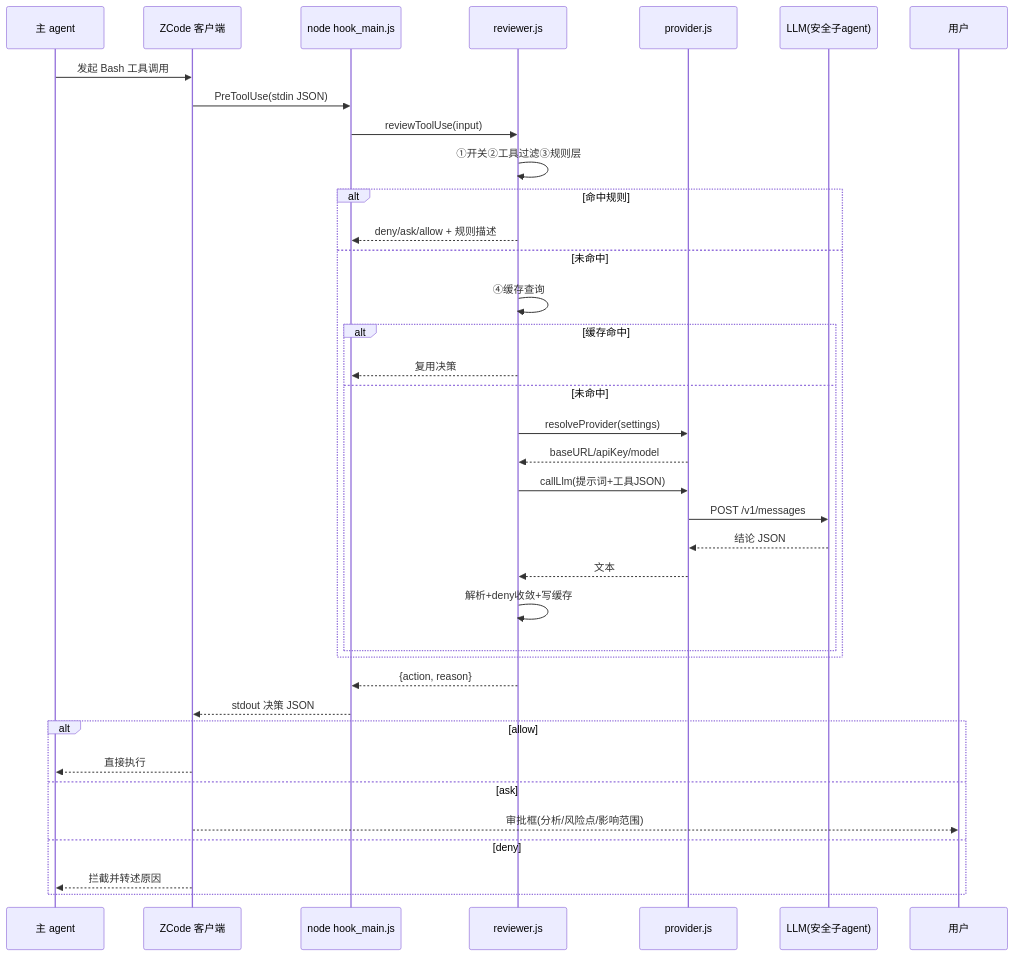
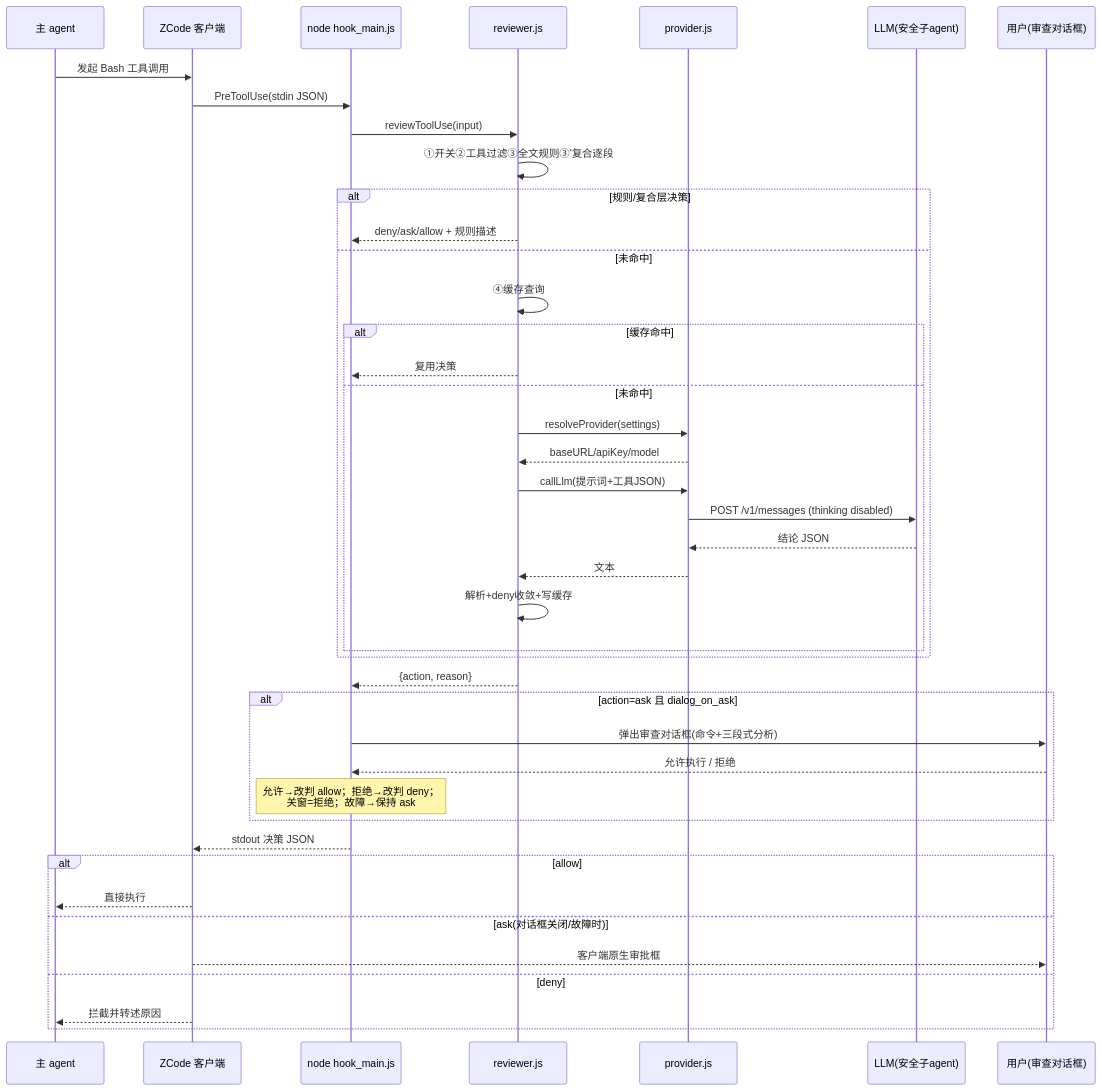
One commit to zrny1/Auto-Review-For-Zcode changed the first of 3 diagrams in docs/project_wiki/02_开发文档/模块运行流程图.md. Above: the diagram before and after it, drawn with Mermaid. The commit also changed other lines of this file and 18 other files, not shown here.

````diff
--- a/docs/project_wiki/02_开发文档/模块运行流程图.md
+++ b/docs/project_wiki/02_开发文档/模块运行流程图.md
@@ -5,39 +5,45 @@
 ```mermaid
 sequenceDiagram
     participant M as 主 agent
     participant Z as ZCode 客户端
     participant H as node hook_main.js
     participant R as reviewer.js
     participant P as provider.js
     participant L as LLM(安全子agent)
+    participant U as 用户(审查对话框)
 
     M->>Z: 发起 Bash 工具调用
     Z->>H: PreToolUse(stdin JSON)
     H->>R: reviewToolUse(input)
-    R->>R: ①开关②工具过滤③规则层
-    alt 命中规则
+    R->>R: ①开关②工具过滤③全文规则③'复合逐段
+    alt 规则/复合层决策
         R-->>H: deny/ask/allow + 规则描述
     else 未命中
         R->>R: ④缓存查询
         alt 缓存命中
             R-->>H: 复用决策
         else 未命中
             R->>P: resolveProvider(settings)
             P-->>R: baseURL/apiKey/model
             R->>P: callLlm(提示词+工具JSON)
-            P->>L: POST /v1/messages
+            P->>L: POST /v1/messages (thinking disabled)
             L-->>P: 结论 JSON
             P-->>R: 文本
             R->>R: 解析+deny收敛+写缓存
         end
     end
     R-->>H: {action, reason}
+    alt action=ask 且 dialog_on_ask
+        H->>U: 弹出审查对话框(命令+三段式分析)
+        U-->>H: 允许执行 / 拒绝
+        Note over H: 允许→改判 allow；拒绝→改判 deny；<br/>关窗=拒绝；故障→保持 ask
+    end
     H-->>Z: stdout 决策 JSON
     alt allow
         Z-->>M: 直接执行
-    else ask
-        Z-->>用户: 审批框(分析/风险点/影响范围)
+    else ask(对话框关闭/故障时)
+        Z-->>U: 客户端原生审批框
     else deny
         Z-->>M: 拦截并转述原因
     end
 ```
````
